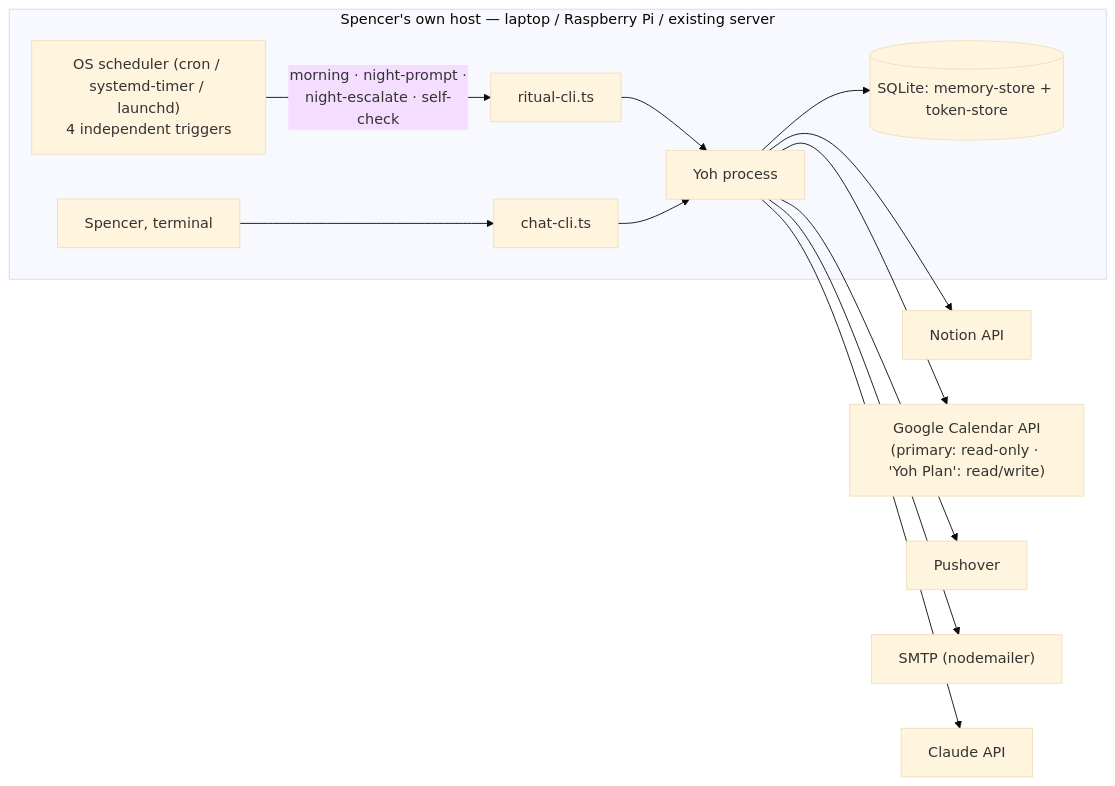
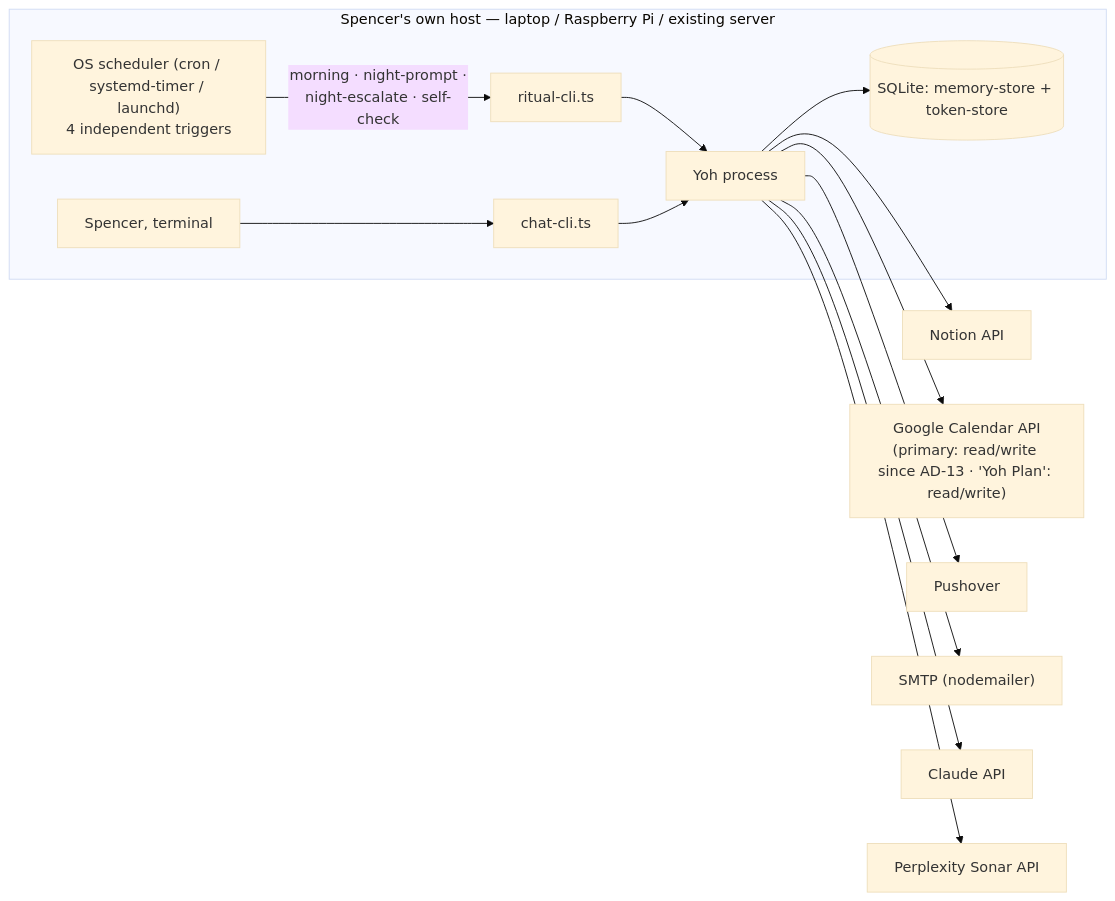
The third of 3 diagrams in _bmad-output/planning-artifacts/architecture/architecture-YohV1-2026-08-22/ARCHITECTURE-SPINE.md (Speezy88/YohV1), drawn with Mermaid (base theme) before and after one commit. The commit also changed other lines of this file and 14 other files, not shown here.

First line of the commit message:
docs: add Epic 6 (live integrations) to PRD, architecture spine, and epics

````diff
--- a/_bmad-output/planning-artifacts/architecture/architecture-YohV1-2026-08-22/ARCHITECTURE-SPINE.md
+++ b/_bmad-output/planning-artifacts/architecture/architecture-YohV1-2026-08-22/ARCHITECTURE-SPINE.md
@@ -203,15 +241,16 @@
 ```mermaid
 graph LR
     subgraph Host["Spencer's own host — laptop / Raspberry Pi / existing server"]
         cron["OS scheduler (cron / systemd-timer / launchd)\n4 independent triggers"] -->|"morning · night-prompt ·\nnight-escalate · self-check"| ritualcli["ritual-cli.ts"]
         spencer["Spencer, terminal"] --> chatcli["chat-cli.ts"]
         ritualcli --> app["Yoh process"]
         chatcli --> app
         app --> db[("SQLite: memory-store + token-store")]
     end
     app --> notion["Notion API"]
-    app --> gcal["Google Calendar API\n(primary: read-only · 'Yoh Plan': read/write)"]
+    app --> gcal["Google Calendar API\n(primary: read/write since AD-13 · 'Yoh Plan': read/write)"]
     app --> pushover["Pushover"]
     app --> smtp["SMTP (nodemailer)"]
     app --> claude["Claude API"]
+    app --> perplexity["Perplexity Sonar API"]
 ```
````
